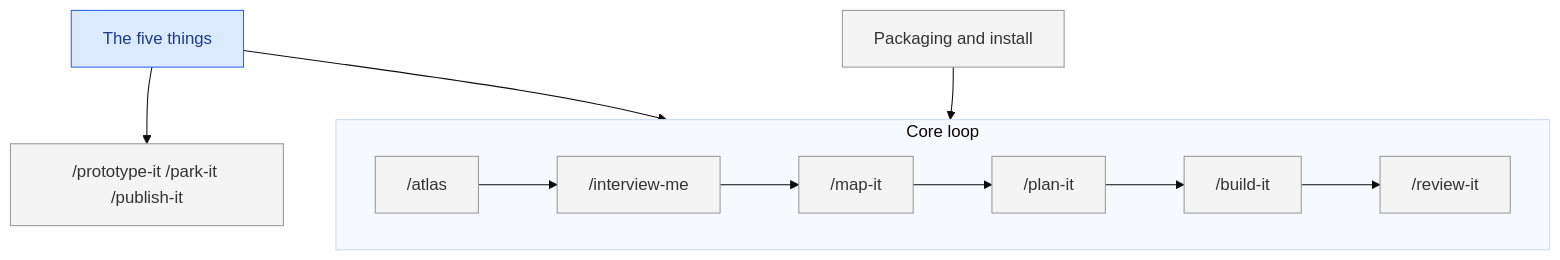
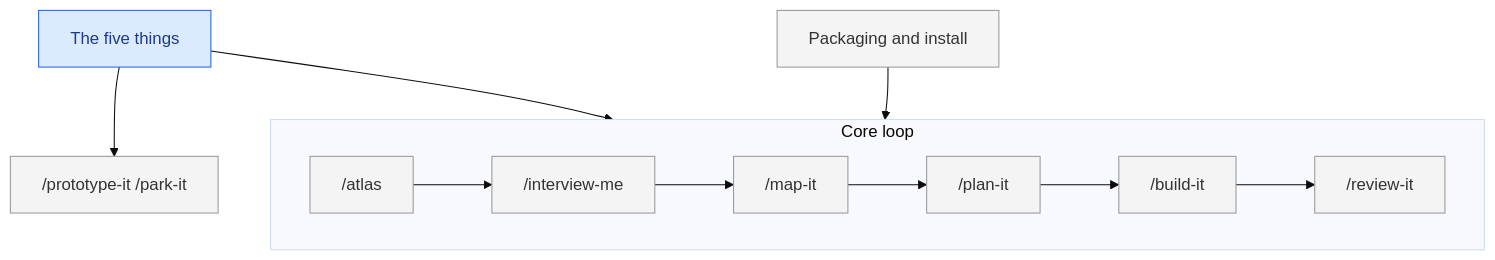
One commit to somethingdarkside1/atlas-skills changed the diagram in MAP.md. Above: the diagram before and after it, drawn with Mermaid (base theme). The commit also changed other lines of this file and 7 other files, not shown here.

````diff
--- a/MAP.md
+++ b/MAP.md
@@ -15,19 +15,19 @@
 ```mermaid
 flowchart TB
   classDef sketched fill:#f4f4f4,stroke:#999,color:#333
   classDef decided fill:#dbeafe,stroke:#2563eb,color:#1e3a8a
   classDef building fill:#fef3c7,stroke:#d97706,color:#78350f
   classDef done fill:#dcfce7,stroke:#16a34a,color:#14532d
 
   five-things["The five things"]:::decided
   packaging["Packaging and install"]:::sketched
-  side-skills["/prototype-it /park-it /publish-it"]:::sketched
+  side-skills["/prototype-it /park-it"]:::sketched
   subgraph core[Core loop]
     direction LR
     atlas-skill["/atlas"]:::sketched --> interview-skill["/interview-me"]:::sketched --> map-skill["/map-it"]:::sketched --> plan-skill["/plan-it"]:::sketched --> build-skill["/build-it"]:::sketched --> review-skill["/review-it"]:::sketched
   end
 
   five-things --> core
   five-things --> side-skills
   packaging --> core
 ```
````
